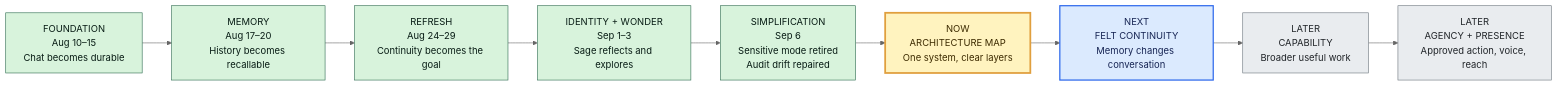
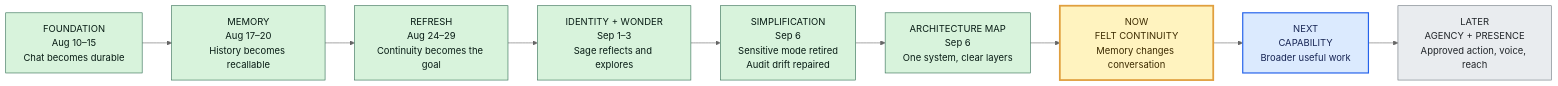
The diagram in docs/TIMELINE.md (91nedlawnavi-svg/sage), drawn with Mermaid (neutral theme) before and after one commit. The commit also changed other lines of this file and 4 other files, not shown here.

Commit message:
docs(architecture): map current Sage system

````diff
--- a/docs/TIMELINE.md
+++ b/docs/TIMELINE.md
@@ -12,23 +12,23 @@
 ```mermaid
 flowchart LR
     F["FOUNDATION<br/>Aug 10–15<br/>Chat becomes durable"]
     M["MEMORY<br/>Aug 17–20<br/>History becomes recallable"]
     R["REFRESH<br/>Aug 24–29<br/>Continuity becomes the goal"]
     W["IDENTITY + WONDER<br/>Sep 1–3<br/>Sage reflects and explores"]
     S["SIMPLIFICATION<br/>Sep 6<br/>Sensitive mode retired<br/>Audit drift repaired"]
-    N["NOW<br/>ARCHITECTURE MAP<br/>One system, clear layers"]
-    C["NEXT<br/>FELT CONTINUITY<br/>Memory changes conversation"]
-    P["LATER<br/>CAPABILITY<br/>Broader useful work"]
+    N["ARCHITECTURE MAP<br/>Sep 6<br/>One system, clear layers"]
+    C["NOW<br/>FELT CONTINUITY<br/>Memory changes conversation"]
+    P["NEXT<br/>CAPABILITY<br/>Broader useful work"]
     A["LATER<br/>AGENCY + PRESENCE<br/>Approved action, voice, reach"]
 
     F --> M --> R --> W --> S --> N --> C --> P --> A
 
     classDef past fill:#d8f3dc,stroke:#2d6a4f,color:#081c15;
     classDef now fill:#fff3bf,stroke:#e09f3e,color:#3d2b00,stroke-width:3px;
     classDef next fill:#dbeafe,stroke:#2563eb,color:#172554,stroke-width:2px;
     classDef later fill:#e9ecef,stroke:#6c757d,color:#212529;
-    class F,M,R,W,S past;
-    class N now;
-    class C next;
-    class P,A later;
+    class F,M,R,W,S,N past;
+    class C now;
+    class P next;
+    class A later;
 ```
````
